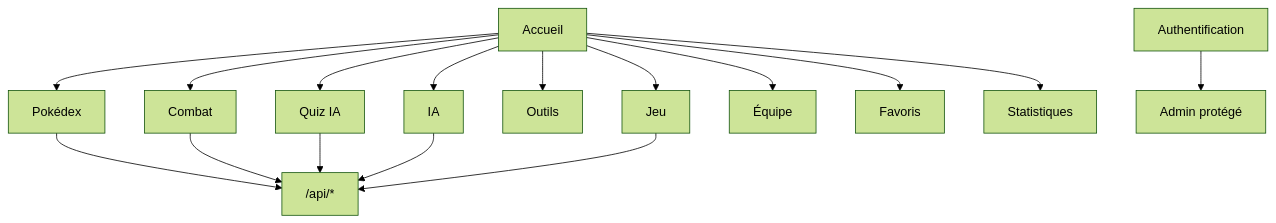
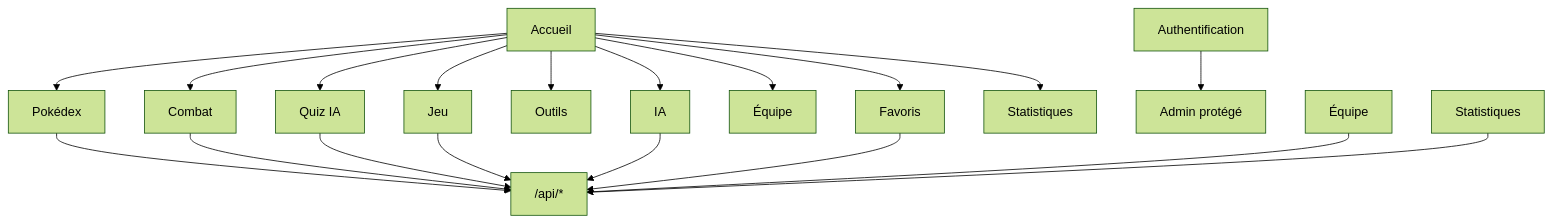
The diagram in README.md (Thibault-megard1/pokedex-ai-v2), drawn with Mermaid (forest theme) before and after one commit.

Commit message:
Update README with new API endpoints
Added new API endpoints for 'Équipe', 'Favoris', and 'Statistiques'.

````diff
--- a/README.md
+++ b/README.md
@@ -19,21 +19,24 @@
 ```mermaid
     graph TD
         Accueil[Accueil] --> Pokedex[Pokédex]
         Accueil --> Combat[Combat]
         Accueil --> Quiz[Quiz IA]
         Accueil --> Jeu[Jeu]
         Accueil --> Outils[Outils]
         Accueil --> IA[IA]
         Accueil --> Equipe[Équipe]
         Accueil --> Favoris[Favoris]
         Accueil --> Stats[Statistiques]
     
         Auth[Authentification] --> Admin[Admin protégé]
     
         Pokedex --> API["/api/*"]
         Combat --> API
         Quiz --> API
         IA --> API
         Jeu --> API
+        Équipe --> API
+        Favoris --> API
+        Statistiques --> API
 
 ```
````
